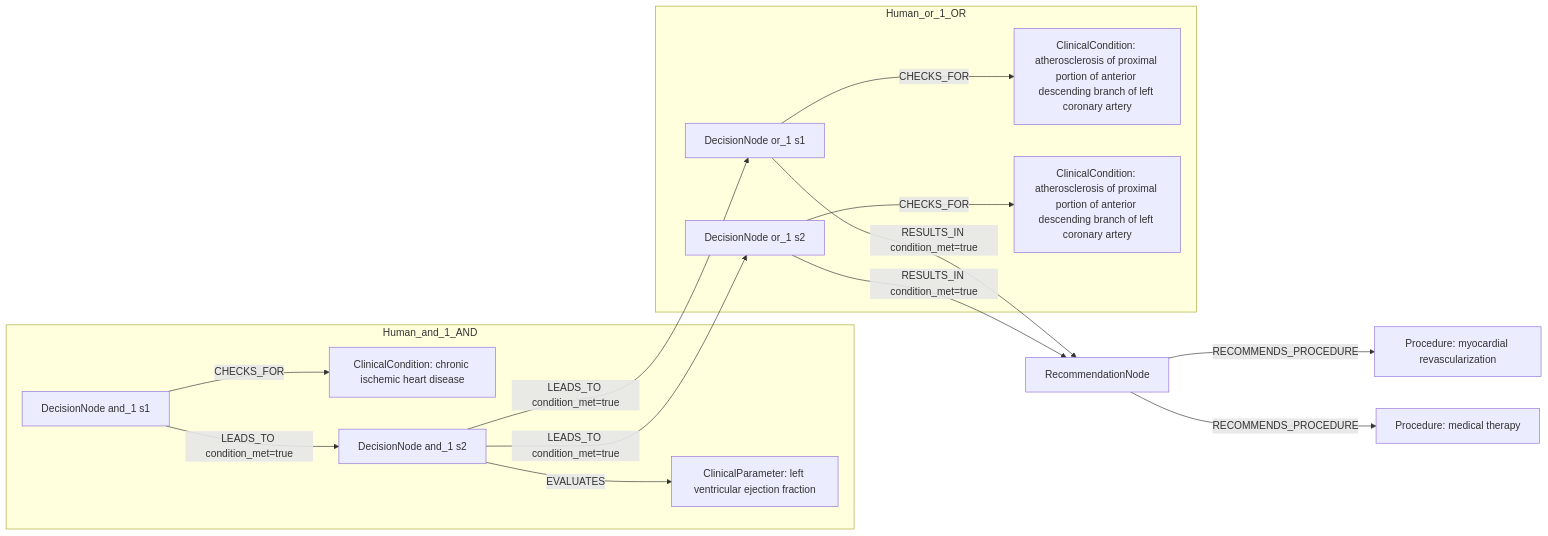
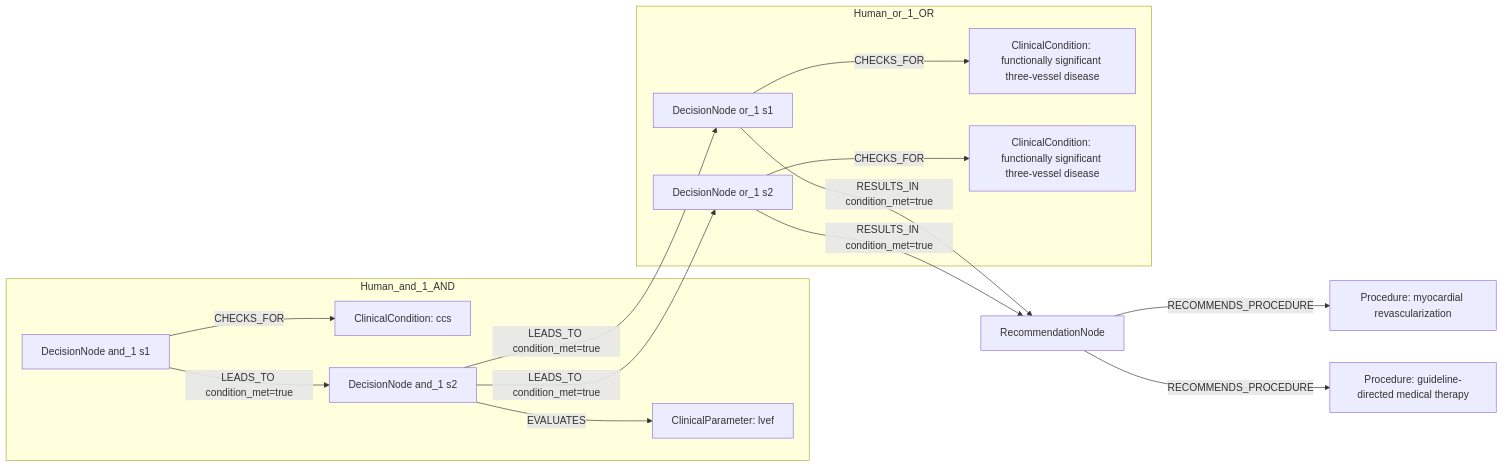
One commit to dieterich-lab/CardioGuidelinesGraph changed the first of 2 diagrams in docs/table22_rows_comparison/row_08.md. Above: the diagram before and after it, drawn with Mermaid. The commit also changed other lines of this file and 20 other files, not shown here.

````diff
--- a/docs/table22_rows_comparison/row_08.md
+++ b/docs/table22_rows_comparison/row_08.md
@@ -284,29 +316,29 @@
 ```mermaid
 graph LR
   REC[RecommendationNode]
   ACT1[Procedure: myocardial revascularization]
   REC -->|RECOMMENDS_PROCEDURE| ACT1
-  ACT2[Procedure: medical therapy]
+  ACT2[Procedure: guideline-directed medical therapy]
   REC -->|RECOMMENDS_PROCEDURE| ACT2
   subgraph Human_and_1_AND
     D_and_1_1[DecisionNode and_1 s1]
-    C_and_1_1[ClinicalCondition: chronic ischemic heart disease]
+    C_and_1_1[ClinicalCondition: ccs]
     D_and_1_1 -->|CHECKS_FOR| C_and_1_1
     D_and_1_2[DecisionNode and_1 s2]
-    C_and_1_2[ClinicalParameter: left ventricular ejection fraction]
+    C_and_1_2[ClinicalParameter: lvef]
     D_and_1_2 -->|EVALUATES| C_and_1_2
     D_and_1_1 -->|LEADS_TO condition_met=true| D_and_1_2
   end
   subgraph Human_or_1_OR
     D_or_1_1[DecisionNode or_1 s1]
-    C_or_1_1[ClinicalCondition: atherosclerosis of proximal portion of anterior descending branch of left coronary artery]
+    C_or_1_1[ClinicalCondition: functionally significant three-vessel disease]
     D_or_1_1 -->|CHECKS_FOR| C_or_1_1
     D_or_1_2[DecisionNode or_1 s2]
-    C_or_1_2[ClinicalCondition: atherosclerosis of proximal portion of anterior descending branch of left coronary artery]
+    C_or_1_2[ClinicalCondition: functionally significant three-vessel disease]
     D_or_1_2 -->|CHECKS_FOR| C_or_1_2
     D_and_1_2 -->|LEADS_TO condition_met=true| D_or_1_1
     D_and_1_2 -->|LEADS_TO condition_met=true| D_or_1_2
   end
   D_or_1_1 -->|RESULTS_IN condition_met=true| REC
   D_or_1_2 -->|RESULTS_IN condition_met=true| REC
 ```
````
